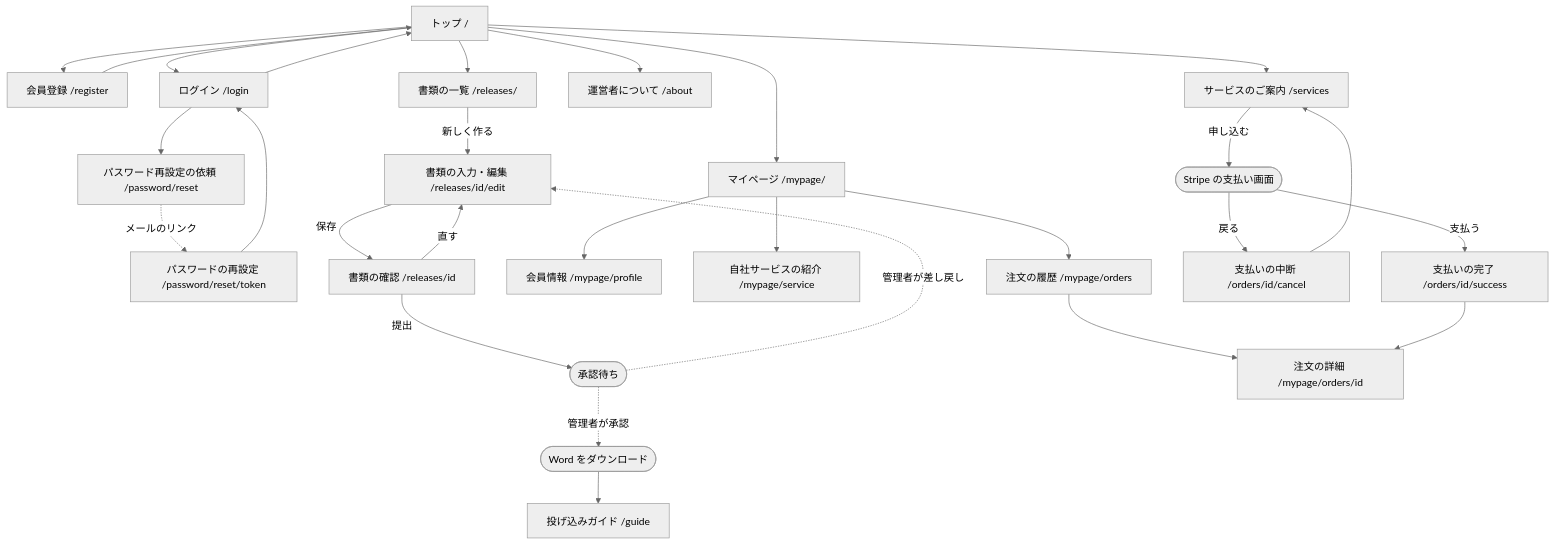
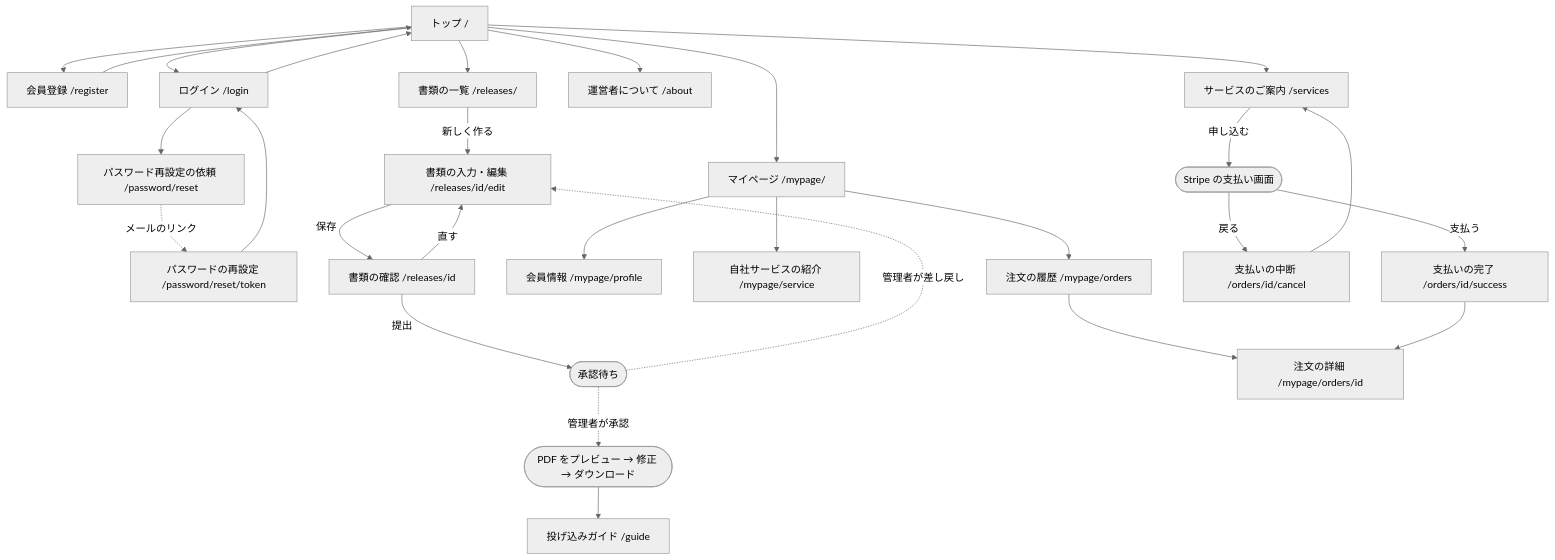
Before and after one commit to dodome-co/press_release: the first of 2 diagrams in docs/design/screens.md, drawn with Mermaid (neutral theme). The commit also changed other lines of this file and 36 other files, not shown here.

````diff
--- a/docs/design/screens.md
+++ b/docs/design/screens.md
@@ -70,33 +71,33 @@
 ```mermaid
 flowchart TD
     top["トップ /"] --> register["会員登録 /register"]
     top --> login["ログイン /login"]
     top --> services["サービスのご案内 /services"]
     top --> about["運営者について /about"]
     login --> forgot["パスワード再設定の依頼 /password/reset"]
     forgot -. "メールのリンク" .-> reset["パスワードの再設定 /password/reset/token"]
     reset --> login
     register --> top
     login --> top
 
     top --> list["書類の一覧 /releases/"]
     list -- "新しく作る" --> edit["書類の入力・編集 /releases/id/edit"]
     edit -- "保存" --> view["書類の確認 /releases/id"]
     view -- "直す" --> edit
     view -- "提出" --> pending(["承認待ち"])
     pending -. "管理者が差し戻し" .-> edit
-    pending -. "管理者が承認" .-> download(["Word をダウンロード"])
+    pending -. "管理者が承認" .-> download(["PDF をプレビュー → 修正 → ダウンロード"])
     download --> guide["投げ込みガイド /guide"]
 
     top --> mypage["マイページ /mypage/"]
     mypage --> profile["会員情報 /mypage/profile"]
     mypage --> svc["自社サービスの紹介 /mypage/service"]
     mypage --> orders["注文の履歴 /mypage/orders"]
     orders --> odetail["注文の詳細 /mypage/orders/id"]
 
     services -- "申し込む" --> stripe(["Stripe の支払い画面"])
     stripe -- "支払う" --> success["支払いの完了 /orders/id/success"]
     stripe -- "戻る" --> cancel["支払いの中断 /orders/id/cancel"]
     success --> odetail
     cancel --> services
 ```
````
